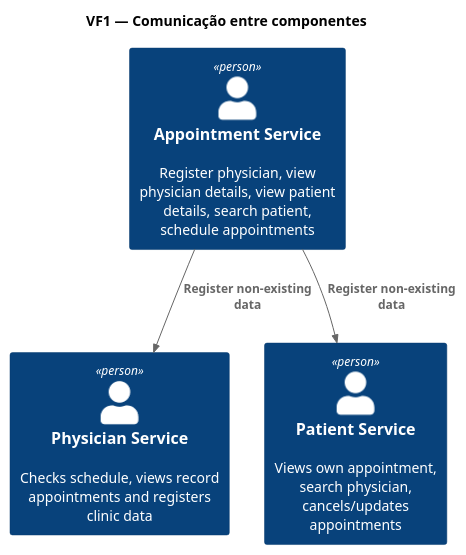
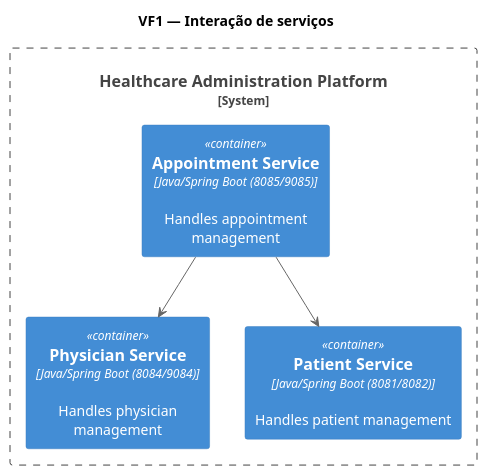
Before and after one commit to 1211104/PROJ_SIDIS2025: the diagram in docs/Vista Física/VF1.puml, drawn with PlantUML. The commit also changed 2 other files, not shown here.

```diff
--- a/docs/Vista Física/VF1.puml
+++ b/docs/Vista Física/VF1.puml
@@ -1,15 +1,20 @@
-@startuml C1-HAP-Context
-!include https://raw.githubusercontent.com/plantuml-stdlib/C4-PlantUML/master/C4_Context.puml
+@startuml
+title VF1 — Interação de serviços
 
-title VF1 — Comunicação entre componentes
+!include https://raw.githubusercontent.com/plantuml-stdlib/C4-PlantUML/master/C4_Container.puml
 
-Person(physician, "Physician Service", "Checks schedule, views record appointments and registers clinic data")
-Person(patient, "Patient Service", "Views own appointment, search physician, cancels/updates appointments")
-Person(Appointments, "Appointment Service", "Register physician, view physician details, view patient details, search patient, schedule appointments")
+skinparam shadowing false
+
+System_Boundary(hap, "Healthcare Administration Platform") {
+
+  Container(physiciansService, "Physician Service", "Java/Spring Boot (8084/9084)", "Handles physician management")
+  Container(patientsService, "Patient Service", "Java/Spring Boot (8081/8082)", "Handles patient management")
+  Container(appointmentService, "Appointment Service", "Java/Spring Boot (8085/9085)", "Handles appointment management")
+
+}
 
 
-Rel(Appointments, physician, "Register non-existing data")
-Rel(Appointments,  patient, "Register non-existing data")
-
+appointmentService --> physiciansService
+appointmentService --> patientsService
 
 @enduml
```
